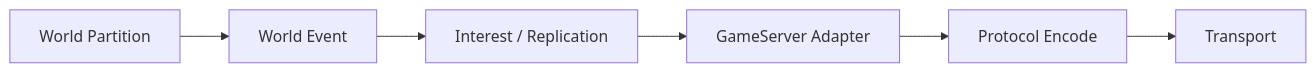
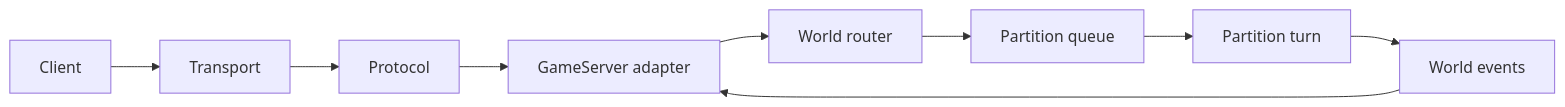
The diagram in docs/architecture/world-execution.md (berniemackie97/OpenConquerServer), drawn with Mermaid before and after one commit. The commit also changed other lines of this file and 577 other files, not shown here.

````diff
--- a/docs/architecture/world-execution.md
+++ b/docs/architecture/world-execution.md
@@ -576,15 +83,6 @@
 ```mermaid
 flowchart LR
-    Partition["World Partition"]
-    Event["World Event"]
-    Replication["Interest / Replication"]
-    Adapter["GameServer Adapter"]
-    Protocol["Protocol Encode"]
-    Transport["Transport"]
-
-    Partition --> Event
-    Event --> Replication
-    Replication --> Adapter
-    Adapter --> Protocol
-    Protocol --> Transport
+    Client --> Transport --> Protocol --> Adapter["GameServer adapter"]
+    Adapter --> Router["World router"] --> Queue["Partition queue"] --> Partition["Partition turn"]
+    Partition --> Events["World events"] --> Adapter
 ```
````
